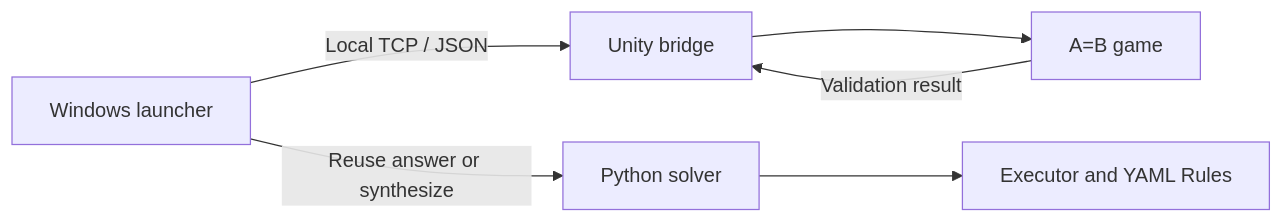
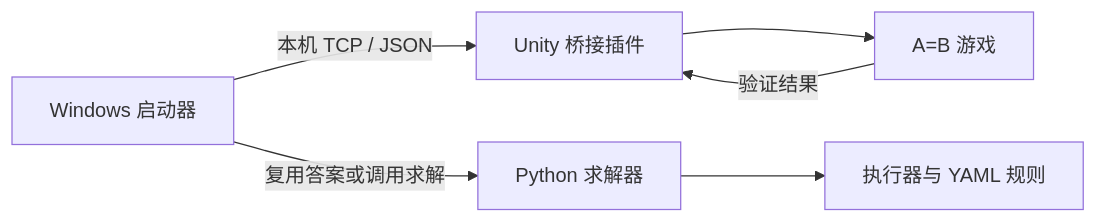
Before and after one commit to DeianHsu/A2B_Assistant: the diagram in README.md, drawn with Mermaid. The commit also changed other lines of this file and 6 other files, not shown here.

````diff
--- a/README.md
+++ b/README.md
@@ -43,8 +45,8 @@
 ```mermaid
 flowchart LR
-    A[Windows launcher] -->|Local TCP / JSON| B[Unity bridge]
-    A -->|Reuse answer or synthesize| C[Python solver]
-    C --> D[Executor and YAML Rules]
-    B --> E[A=B game]
-    E -->|Validation result| B
+    A[Windows 启动器] -->|本机 TCP / JSON| B[Unity 桥接插件]
+    A -->|复用答案或调用求解| C[Python 求解器]
+    C --> D[执行器与 YAML 规则]
+    B --> E[A=B 游戏]
+    E -->|验证结果| B
 ```
````
